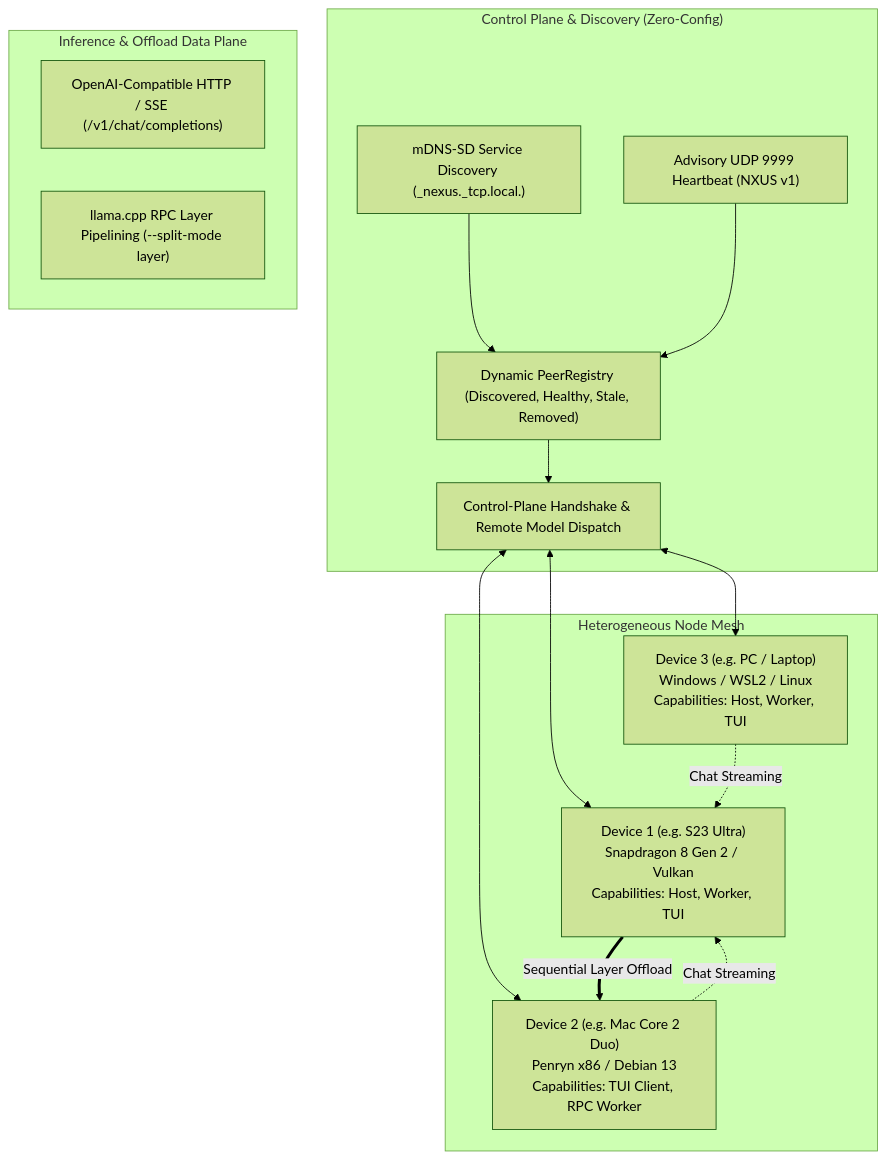
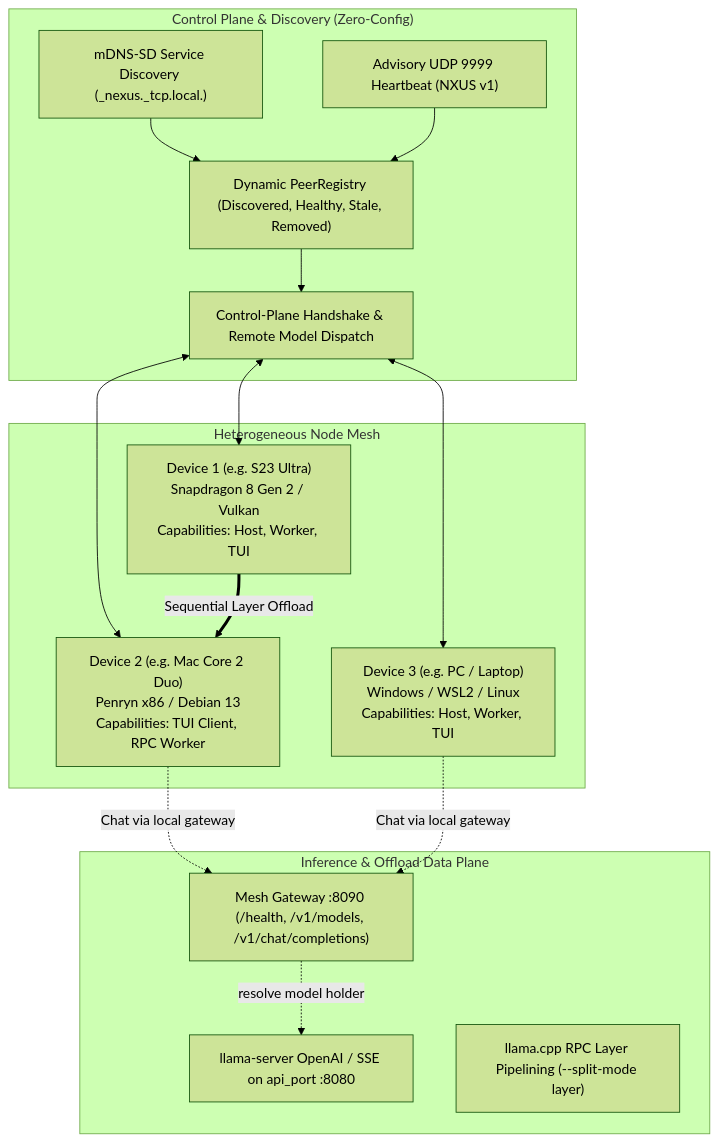
The diagram in DESIGN_SPEC.md (TrialBlazer23/nexus-llm), drawn with Mermaid (forest theme) before and after one commit. The commit also changed other lines of this file and 16 other files, not shown here.

First line of the commit message:
feat(gateway): Phase 12 §5.1 mesh OpenAI gateway (#16)

````diff
--- a/DESIGN_SPEC.md
+++ b/DESIGN_SPEC.md
@@ -16,31 +16,33 @@
 ```mermaid
 flowchart TD
     subgraph DiscoveryControlPlane["Control Plane & Discovery (Zero-Config)"]
         MDNS["mDNS-SD Service Discovery (_nexus._tcp.local.)"]
         BEACON["Advisory UDP 9999 Heartbeat (NXUS v1)"]
         REGISTRY["Dynamic PeerRegistry (Discovered, Healthy, Stale, Removed)"]
         CTRL["Control-Plane Handshake & Remote Model Dispatch"]
         MDNS --> REGISTRY
         BEACON --> REGISTRY
         REGISTRY --> CTRL
     end
 
     subgraph Nodes["Heterogeneous Node Mesh"]
         N1["Device 1 (e.g. S23 Ultra)<br/>Snapdragon 8 Gen 2 / Vulkan<br/>Capabilities: Host, Worker, TUI"]
         N2["Device 2 (e.g. Mac Core 2 Duo)<br/>Penryn x86 / Debian 13<br/>Capabilities: TUI Client, RPC Worker"]
         N3["Device 3 (e.g. PC / Laptop)<br/>Windows / WSL2 / Linux<br/>Capabilities: Host, Worker, TUI"]
     end
 
     CTRL <--> N1
     CTRL <--> N2
     CTRL <--> N3
 
     subgraph DataPlane["Inference & Offload Data Plane"]
-        HTTP["OpenAI-Compatible HTTP / SSE (/v1/chat/completions)"]
+        GW["Mesh Gateway :8090 (/health, /v1/models, /v1/chat/completions)"]
+        HTTP["llama-server OpenAI / SSE on api_port :8080"]
         RPC["llama.cpp RPC Layer Pipelining (--split-mode layer)"]
     end
 
-    N2 -. Chat Streaming .-> N1
-    N3 -. Chat Streaming .-> N1
+    N2 -. Chat via local gateway .-> GW
+    N3 -. Chat via local gateway .-> GW
+    GW -. resolve model holder .-> HTTP
     N1 == Sequential Layer Offload ==> N2
 ```
````
